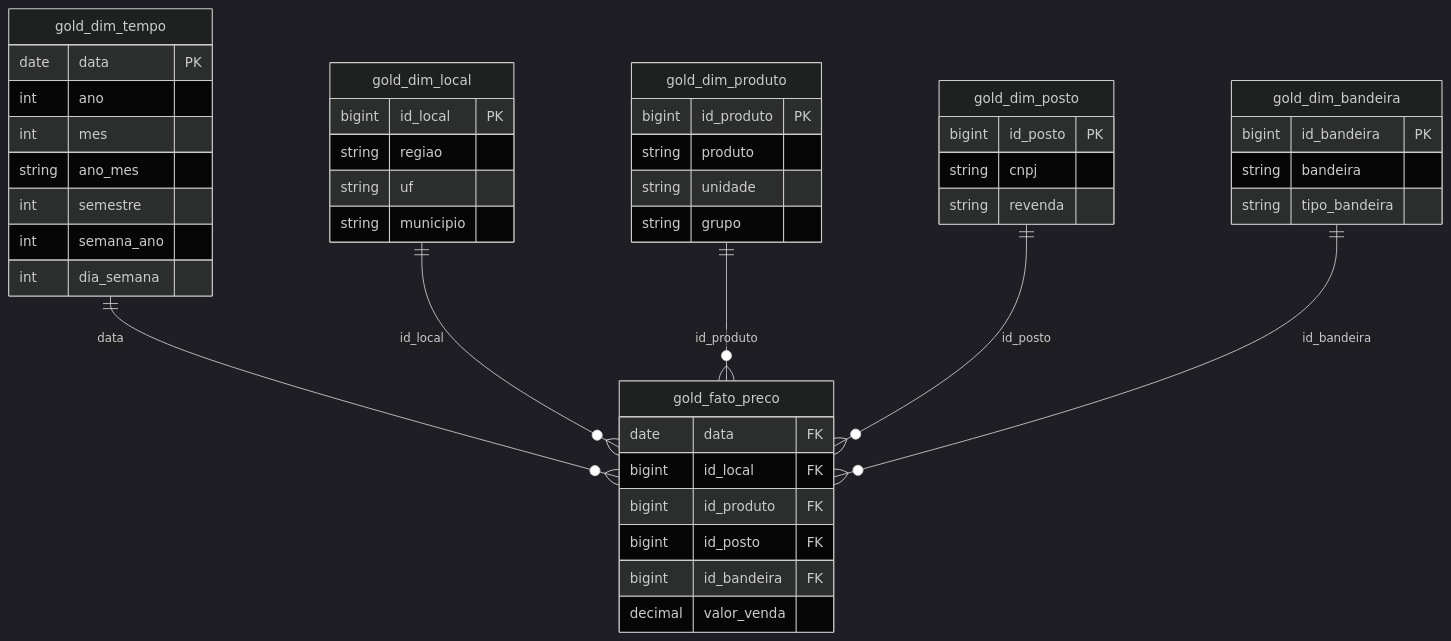
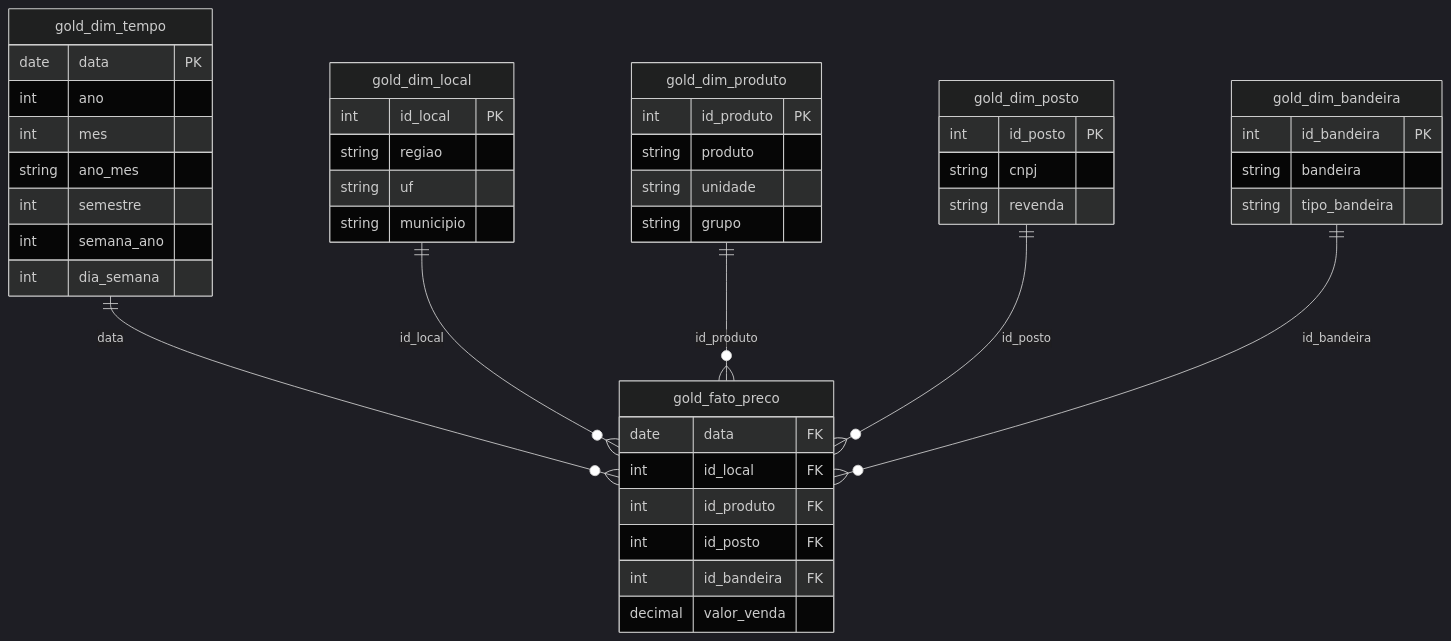
The diagram in catalogo/modelo_estrela.md (JoseCarneiro1805/mvp-precos-combustiveis), drawn with Mermaid (dark theme) before and after one commit.

Commit message:
Adiciona notebook 03 - modelagem gold em esquema estrela

````diff
--- a/catalogo/modelo_estrela.md
+++ b/catalogo/modelo_estrela.md
@@ -7,48 +7,48 @@
 ```mermaid
 erDiagram
     gold_dim_tempo    ||--o{ gold_fato_preco : "data"
     gold_dim_local    ||--o{ gold_fato_preco : "id_local"
     gold_dim_produto  ||--o{ gold_fato_preco : "id_produto"
     gold_dim_posto    ||--o{ gold_fato_preco : "id_posto"
     gold_dim_bandeira ||--o{ gold_fato_preco : "id_bandeira"
 
     gold_fato_preco {
         date data FK
-        bigint id_local FK
-        bigint id_produto FK
-        bigint id_posto FK
-        bigint id_bandeira FK
+        int id_local FK
+        int id_produto FK
+        int id_posto FK
+        int id_bandeira FK
         decimal valor_venda
     }
     gold_dim_tempo {
         date data PK
         int ano
         int mes
         string ano_mes
         int semestre
         int semana_ano
         int dia_semana
     }
     gold_dim_local {
-        bigint id_local PK
+        int id_local PK
         string regiao
         string uf
         string municipio
     }
     gold_dim_produto {
-        bigint id_produto PK
+        int id_produto PK
         string produto
         string unidade
         string grupo
     }
     gold_dim_posto {
-        bigint id_posto PK
+        int id_posto PK
         string cnpj
         string revenda
     }
     gold_dim_bandeira {
-        bigint id_bandeira PK
+        int id_bandeira PK
         string bandeira
         string tipo_bandeira
     }
 ```
````
